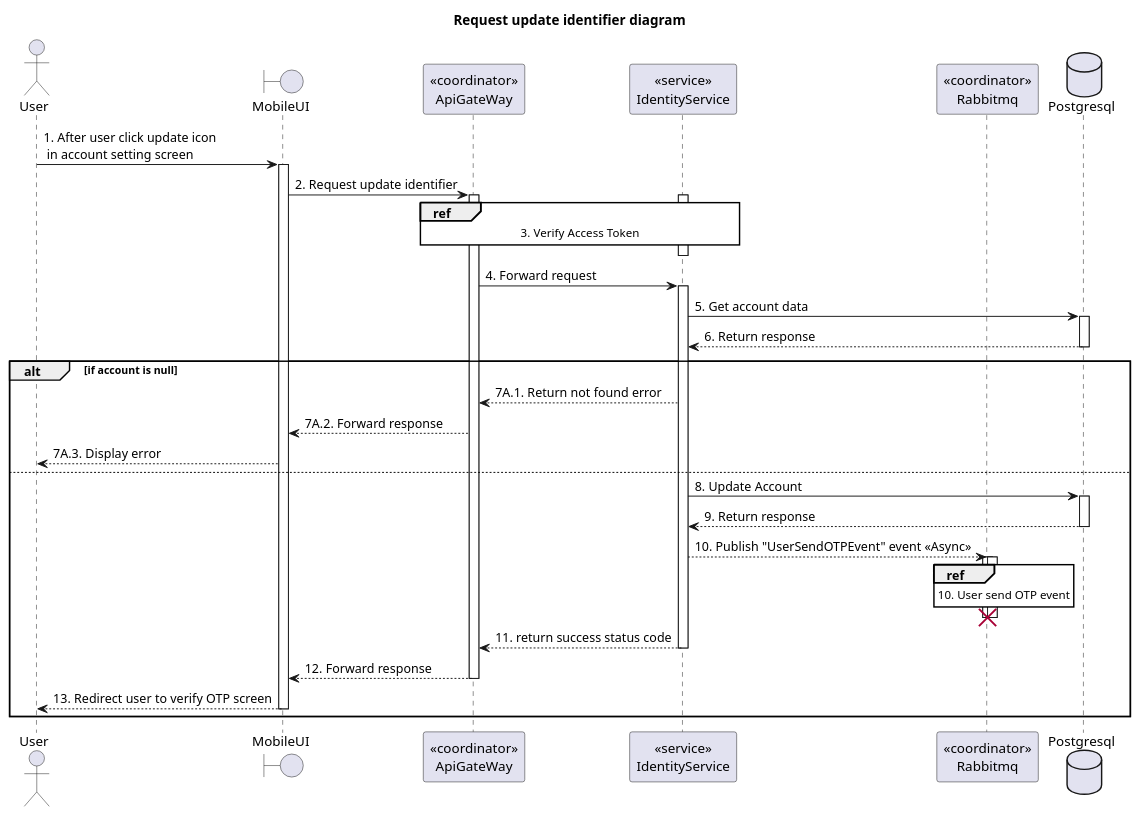
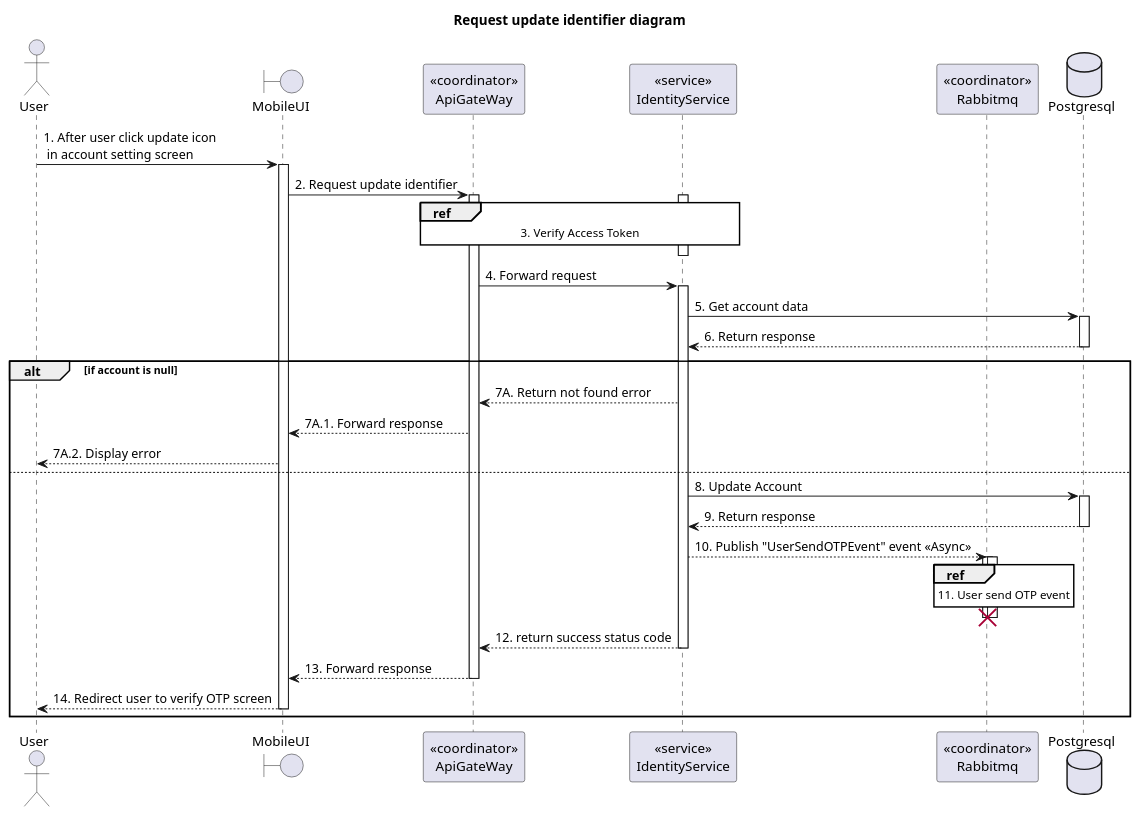
One commit to Carl-Johnsons/tastopia changed the diagram in doc/SDS/Identity/User/RequestUpdateIdentifier/Sequence.plantuml. Above: the diagram before and after it, drawn with PlantUML. The commit also changed 21 other files, not shown here.

Commit message:
doc: fix sequence ordinal number

```diff
--- a/doc/SDS/Identity/User/RequestUpdateIdentifier/Sequence.plantuml
+++ b/doc/SDS/Identity/User/RequestUpdateIdentifier/Sequence.plantuml
@@ -1,50 +1,50 @@
 @startuml Sequence
 title "Request update identifier diagram"
 
 <style>
   sequenceDiagram {
     reference {
       BackGroundColor white
     }
 }
 </style>
 
 actor User
 boundary MobileUI
 participant "<<coordinator>>\nApiGateWay" as ApiGateway
 participant "<<service>>\nIdentityService" as IdentityService
 participant "<<coordinator>>\nRabbitmq" as Rabbitmq
 database Postgresql
 
 User -> MobileUI ++: 1. After user click update icon\n in account setting screen
 MobileUI -> ApiGateway ++: 2. Request update identifier
 
 activate IdentityService
 ref over ApiGateway, IdentityService: 3. Verify Access Token
 ApiGateway -[hidden]-> IdentityService
 deactivate IdentityService
 
 ApiGateway -> IdentityService ++: 4. Forward request
 IdentityService -> Postgresql ++: 5. Get account data
 IdentityService <-- Postgresql --: 6. Return response
 
 alt if account is null
-  ApiGateway <-- IdentityService: 7A.1. Return not found error
-  MobileUI <-- ApiGateway: 7A.2. Forward response
-  User <-- MobileUI: 7A.3. Display error
+  ApiGateway <-- IdentityService: 7A. Return not found error
+  MobileUI <-- ApiGateway: 7A.1. Forward response
+  User <-- MobileUI: 7A.2. Display error
 else
   IdentityService -> Postgresql ++: 8. Update Account
   IdentityService <-- Postgresql --: 9. Return response
   IdentityService --> Rabbitmq ++: 10. Publish "UserSendOTPEvent" event <<Async>>
   activate Rabbitmq
-  ref over Rabbitmq: 10. User send OTP event
+  ref over Rabbitmq: 11. User send OTP event
   IdentityService -[hidden]-> Rabbitmq
   deactivate Rabbitmq
   destroy Rabbitmq
 
-  ApiGateway <-- IdentityService--: 11. return success status code
-  MobileUI <-- ApiGateway --: 12. Forward response
-  User <-- MobileUI --: 13. Redirect user to verify OTP screen
+  ApiGateway <-- IdentityService--: 12. return success status code
+  MobileUI <-- ApiGateway --: 13. Forward response
+  User <-- MobileUI --: 14. Redirect user to verify OTP screen
 end
 
 @enduml
```
